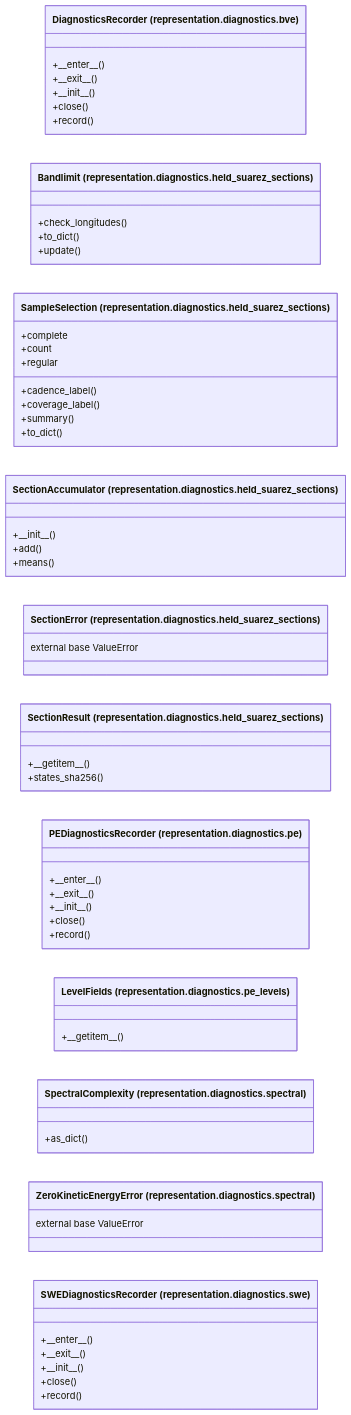
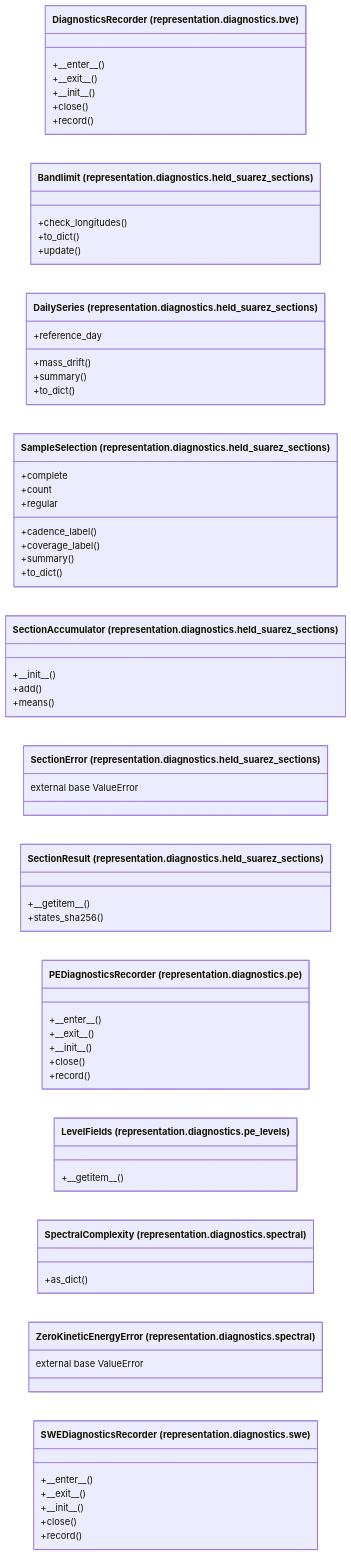
The diagram in docs/architecture/current/classes/tropoi.representation.diagnostics.mmd (AlexandreEros/Palintropos), drawn with Mermaid before and after one commit. The commit also changed 6 other files, not shown here.

Commit message:
Refresh architecture snapshot for 18c6a5f

```diff
--- a/docs/architecture/current/classes/tropoi.representation.diagnostics.mmd
+++ b/docs/architecture/current/classes/tropoi.representation.diagnostics.mmd
@@ -1,49 +1,54 @@
 %% Generated by tools.architecture 1.0.0. Do not edit by hand.
 %% All classes defined in package tropoi.representation.diagnostics.
 classDiagram
     direction LR
     class c_tropoi_orepresentation_odiagnostics_obve_oDiagnosticsRecorder["DiagnosticsRecorder (representation.diagnostics.bve)"]
     c_tropoi_orepresentation_odiagnostics_obve_oDiagnosticsRecorder : +#95;#95;enter#95;#95;()
     c_tropoi_orepresentation_odiagnostics_obve_oDiagnosticsRecorder : +#95;#95;exit#95;#95;()
     c_tropoi_orepresentation_odiagnostics_obve_oDiagnosticsRecorder : +#95;#95;init#95;#95;()
     c_tropoi_orepresentation_odiagnostics_obve_oDiagnosticsRecorder : +close()
     c_tropoi_orepresentation_odiagnostics_obve_oDiagnosticsRecorder : +record()
     class c_tropoi_orepresentation_odiagnostics_oheld__suarez__sections_oBandlimit["Bandlimit (representation.diagnostics.held_suarez_sections)"]
     c_tropoi_orepresentation_odiagnostics_oheld__suarez__sections_oBandlimit : +check#95;longitudes()
     c_tropoi_orepresentation_odiagnostics_oheld__suarez__sections_oBandlimit : +to#95;dict()
     c_tropoi_orepresentation_odiagnostics_oheld__suarez__sections_oBandlimit : +update()
+    class c_tropoi_orepresentation_odiagnostics_oheld__suarez__sections_oDailySeries["DailySeries (representation.diagnostics.held_suarez_sections)"]
+    c_tropoi_orepresentation_odiagnostics_oheld__suarez__sections_oDailySeries : +mass#95;drift()
+    c_tropoi_orepresentation_odiagnostics_oheld__suarez__sections_oDailySeries : +reference#95;day
+    c_tropoi_orepresentation_odiagnostics_oheld__suarez__sections_oDailySeries : +summary()
+    c_tropoi_orepresentation_odiagnostics_oheld__suarez__sections_oDailySeries : +to#95;dict()
     class c_tropoi_orepresentation_odiagnostics_oheld__suarez__sections_oSampleSelection["SampleSelection (representation.diagnostics.held_suarez_sections)"]
     c_tropoi_orepresentation_odiagnostics_oheld__suarez__sections_oSampleSelection : +cadence#95;label()
     c_tropoi_orepresentation_odiagnostics_oheld__suarez__sections_oSampleSelection : +complete
     c_tropoi_orepresentation_odiagnostics_oheld__suarez__sections_oSampleSelection : +count
     c_tropoi_orepresentation_odiagnostics_oheld__suarez__sections_oSampleSelection : +coverage#95;label()
     c_tropoi_orepresentation_odiagnostics_oheld__suarez__sections_oSampleSelection : +regular
     c_tropoi_orepresentation_odiagnostics_oheld__suarez__sections_oSampleSelection : +summary()
     c_tropoi_orepresentation_odiagnostics_oheld__suarez__sections_oSampleSelection : +to#95;dict()
     class c_tropoi_orepresentation_odiagnostics_oheld__suarez__sections_oSectionAccumulator["SectionAccumulator (representation.diagnostics.held_suarez_sections)"]
     c_tropoi_orepresentation_odiagnostics_oheld__suarez__sections_oSectionAccumulator : +#95;#95;init#95;#95;()
     c_tropoi_orepresentation_odiagnostics_oheld__suarez__sections_oSectionAccumulator : +add()
     c_tropoi_orepresentation_odiagnostics_oheld__suarez__sections_oSectionAccumulator : +means()
     class c_tropoi_orepresentation_odiagnostics_oheld__suarez__sections_oSectionError["SectionError (representation.diagnostics.held_suarez_sections)"]
     c_tropoi_orepresentation_odiagnostics_oheld__suarez__sections_oSectionError : external base ValueError
     class c_tropoi_orepresentation_odiagnostics_oheld__suarez__sections_oSectionResult["SectionResult (representation.diagnostics.held_suarez_sections)"]
     c_tropoi_orepresentation_odiagnostics_oheld__suarez__sections_oSectionResult : +#95;#95;getitem#95;#95;()
     c_tropoi_orepresentation_odiagnostics_oheld__suarez__sections_oSectionResult : +states#95;sha256()
     class c_tropoi_orepresentation_odiagnostics_ope_oPEDiagnosticsRecorder["PEDiagnosticsRecorder (representation.diagnostics.pe)"]
     c_tropoi_orepresentation_odiagnostics_ope_oPEDiagnosticsRecorder : +#95;#95;enter#95;#95;()
     c_tropoi_orepresentation_odiagnostics_ope_oPEDiagnosticsRecorder : +#95;#95;exit#95;#95;()
     c_tropoi_orepresentation_odiagnostics_ope_oPEDiagnosticsRecorder : +#95;#95;init#95;#95;()
     c_tropoi_orepresentation_odiagnostics_ope_oPEDiagnosticsRecorder : +close()
     c_tropoi_orepresentation_odiagnostics_ope_oPEDiagnosticsRecorder : +record()
     class c_tropoi_orepresentation_odiagnostics_ope__levels_oLevelFields["LevelFields (representation.diagnostics.pe_levels)"]
     c_tropoi_orepresentation_odiagnostics_ope__levels_oLevelFields : +#95;#95;getitem#95;#95;()
     class c_tropoi_orepresentation_odiagnostics_ospectral_oSpectralComplexity["SpectralComplexity (representation.diagnostics.spectral)"]
     c_tropoi_orepresentation_odiagnostics_ospectral_oSpectralComplexity : +as#95;dict()
     class c_tropoi_orepresentation_odiagnostics_ospectral_oZeroKineticEnergyError["ZeroKineticEnergyError (representation.diagnostics.spectral)"]
     c_tropoi_orepresentation_odiagnostics_ospectral_oZeroKineticEnergyError : external base ValueError
     class c_tropoi_orepresentation_odiagnostics_oswe_oSWEDiagnosticsRecorder["SWEDiagnosticsRecorder (representation.diagnostics.swe)"]
     c_tropoi_orepresentation_odiagnostics_oswe_oSWEDiagnosticsRecorder : +#95;#95;enter#95;#95;()
     c_tropoi_orepresentation_odiagnostics_oswe_oSWEDiagnosticsRecorder : +#95;#95;exit#95;#95;()
     c_tropoi_orepresentation_odiagnostics_oswe_oSWEDiagnosticsRecorder : +#95;#95;init#95;#95;()
     c_tropoi_orepresentation_odiagnostics_oswe_oSWEDiagnosticsRecorder : +close()
     c_tropoi_orepresentation_odiagnostics_oswe_oSWEDiagnosticsRecorder : +record()
```
